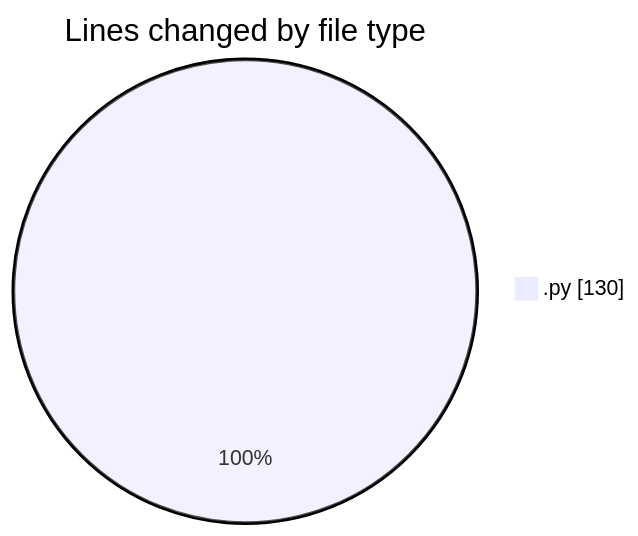
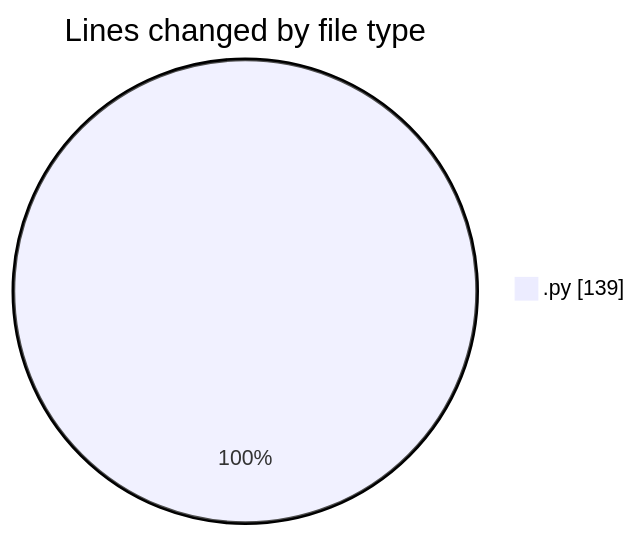
Before and after one commit to FelipKnott/code-tracking: the first of 2 diagrams in 2025-07-02/cursor/README.md, drawn with Mermaid. The commit also changed other lines of this file and 1 other file, not shown here.

````diff
--- a/2025-07-02/cursor/README.md
+++ b/2025-07-02/cursor/README.md
@@ -21,5 +21,5 @@
 ```mermaid
 pie showData
 title Lines changed by file type
-".py" : 130
+".py" : 139
 ```
````
